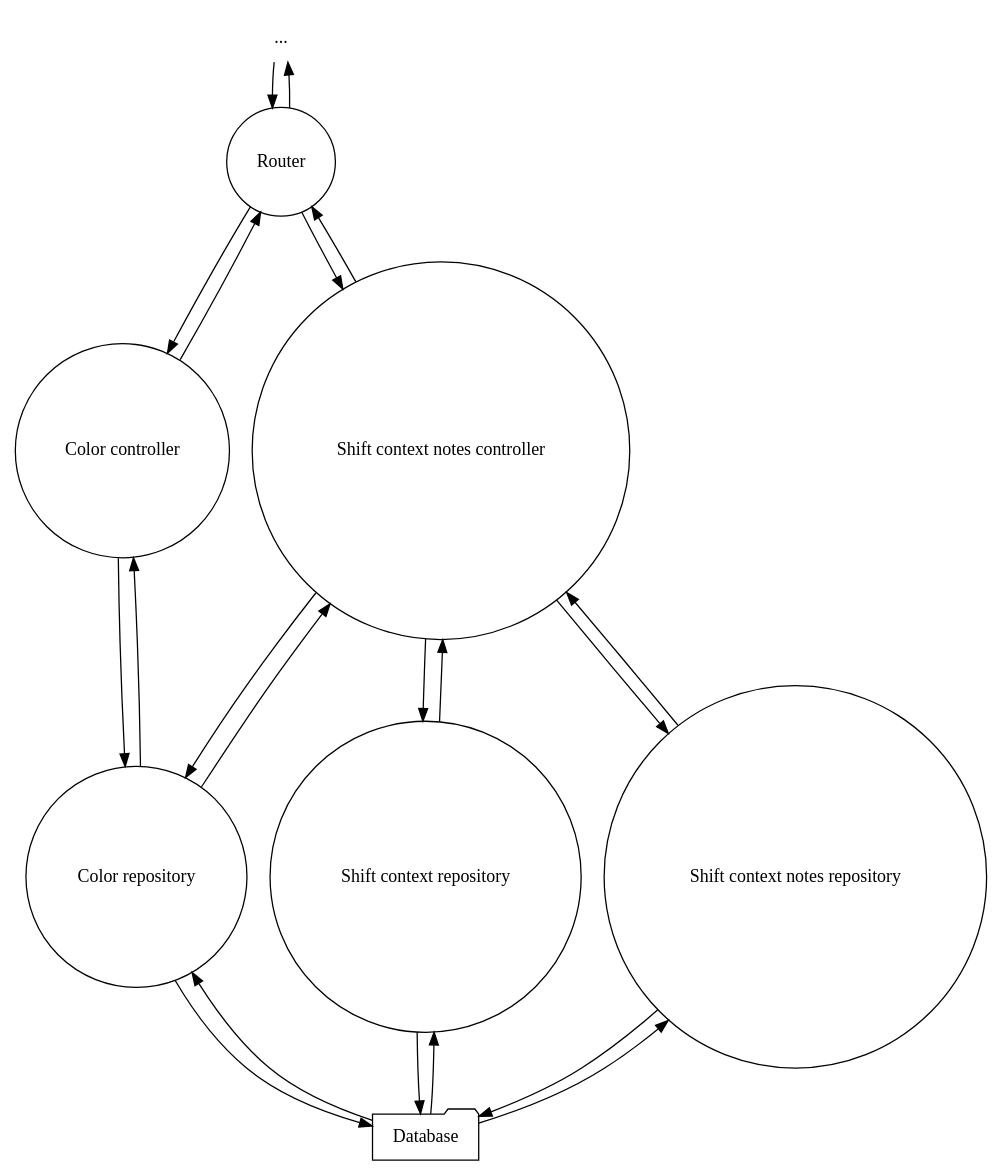
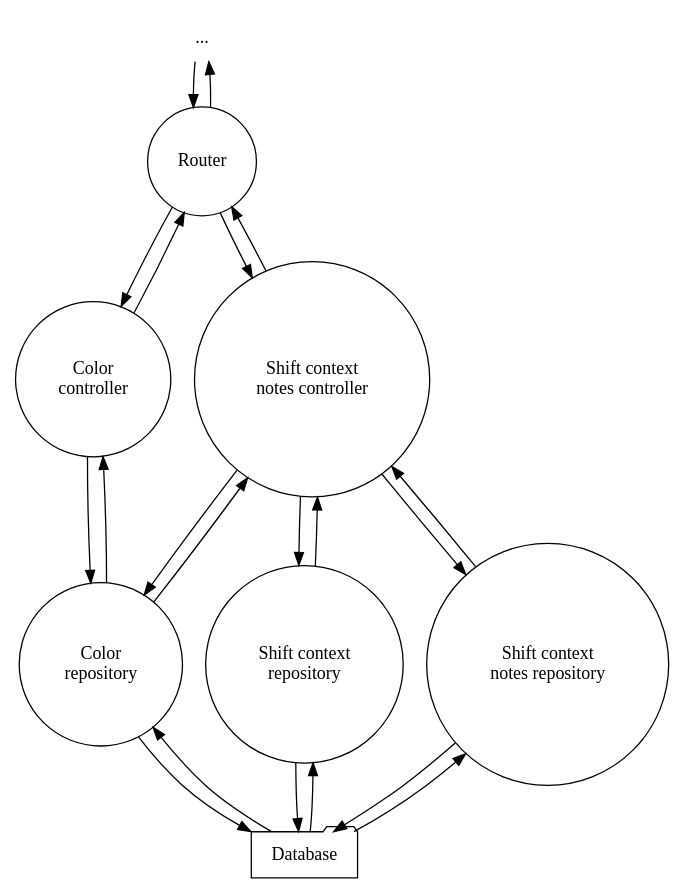
Before and after one commit to luke-hamann/stc-cis-248: the diagram in design/data_flow_diagrams/level_2.2.dot, drawn with Graphviz. The commit also changed 13 other files, not shown here.

```diff
--- a/design/data_flow_diagrams/level_2.2.dot
+++ b/design/data_flow_diagrams/level_2.2.dot
@@ -1,45 +1,45 @@
 digraph data_flow_diagram {
     node [ shape = circle ]
     
     "..." [ shape = none ]
     
     "..." -> Router -> "..."
 
     subgraph controllers {
         rank = same
         
-        "Color controller"
-        "Shift context notes controller"
+        "Color\ncontroller"
+        "Shift context\nnotes controller"
     }
     
     Router -> {
-        "Color controller"
-        "Shift context notes controller"
+        "Color\ncontroller"
+        "Shift context\nnotes controller"
     } -> Router
     
     subgraph repositories {
         rank = same
         
-        "Color repository"
-        "Shift context repository"
-        "Shift context notes repository"
+        "Color\nrepository"
+        "Shift context\nrepository"
+        "Shift context\nnotes repository"
     }
     
-    "Color controller" -> {
-        "Color repository"
-    } -> "Color controller"
+    "Color\ncontroller" -> {
+        "Color\nrepository"
+    } -> "Color\ncontroller"
     
-    "Shift context notes controller" -> {
-        "Color repository"
-        "Shift context repository"
-        "Shift context notes repository"
-    } -> "Shift context notes controller"
+    "Shift context\nnotes controller" -> {
+        "Color\nrepository"
+        "Shift context\nrepository"
+        "Shift context\nnotes repository"
+    } -> "Shift context\nnotes controller"
     
     Database [ shape = folder ]
     
     Database -> {
-        "Color repository"
-        "Shift context repository"
-        "Shift context notes repository"
+        "Color\nrepository"
+        "Shift context\nrepository"
+        "Shift context\nnotes repository"
     } -> Database
 }
```
